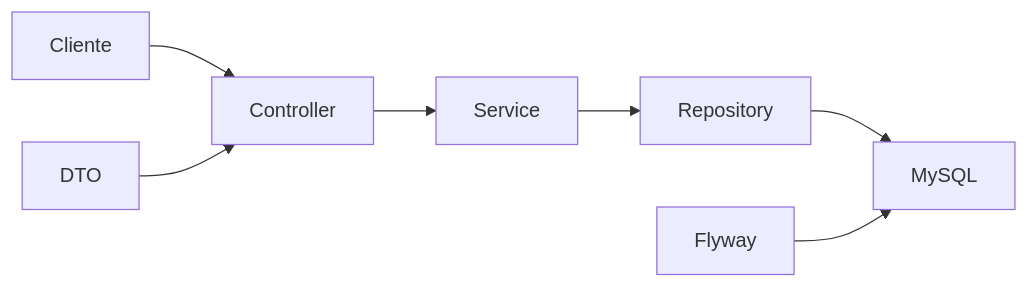
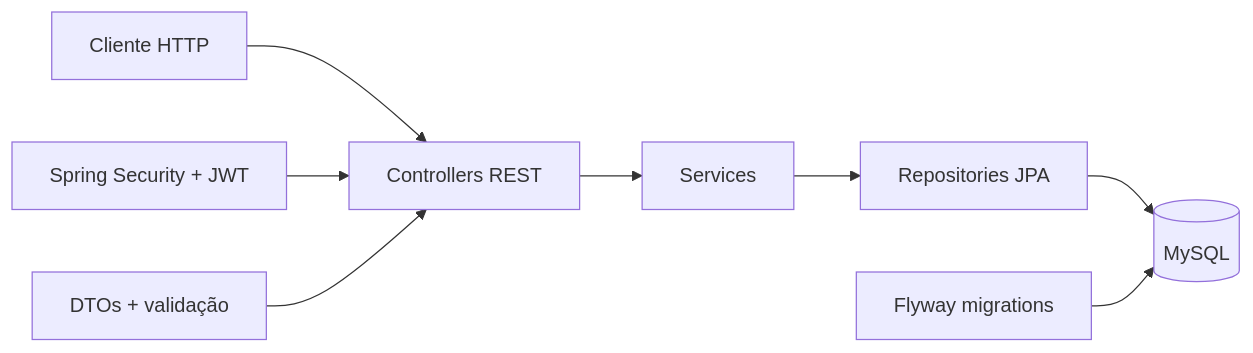
Before and after one commit to RyanMiranda01/financas_on: the first of 2 diagrams in README.md, drawn with Mermaid. The commit also changed other lines of this file, not shown here.

````diff
--- a/README.md
+++ b/README.md
@@ -61,11 +51,10 @@
 ```mermaid
 flowchart LR
-
-Cliente --> Controller
-Controller --> Service
-Service --> Repository
-Repository --> MySQL
-
-DTO --> Controller
-Flyway --> MySQL
+    Client["Cliente HTTP"] --> Controller["Controllers REST"]
+    Controller --> Service["Services"]
+    Service --> Repository["Repositories JPA"]
+    Repository --> DB[("MySQL")]
+    Security["Spring Security + JWT"] --> Controller
+    Flyway["Flyway migrations"] --> DB
+    DTO["DTOs + validação"] --> Controller
 ```
````
